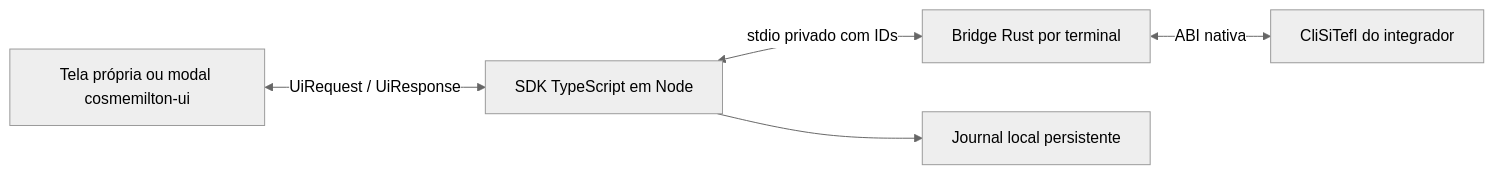
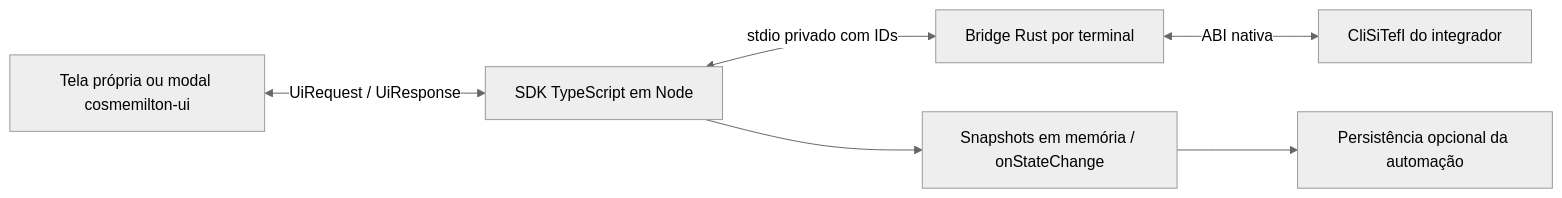
The diagram in docs/architecture.md (cosmemilton/sitef-node), drawn with Mermaid (neutral theme) before and after one commit. The commit also changed other lines of this file and 99 other files, not shown here.

````diff
--- a/docs/architecture.md
+++ b/docs/architecture.md
@@ -7,7 +7,8 @@
 ```mermaid
 flowchart LR
   Tela["Tela própria ou modal cosmemilton-ui"] <-->|"UiRequest / UiResponse"| SDK["SDK TypeScript em Node"]
   SDK <-->|"stdio privado com IDs"| Rust["Bridge Rust por terminal"]
   Rust <-->|"ABI nativa"| Lib["CliSiTefI do integrador"]
-  SDK --> Journal["Journal local persistente"]
+  SDK --> State["Snapshots em memória / onStateChange"]
+  State --> Storage["Persistência opcional da automação"]
 ```
````
